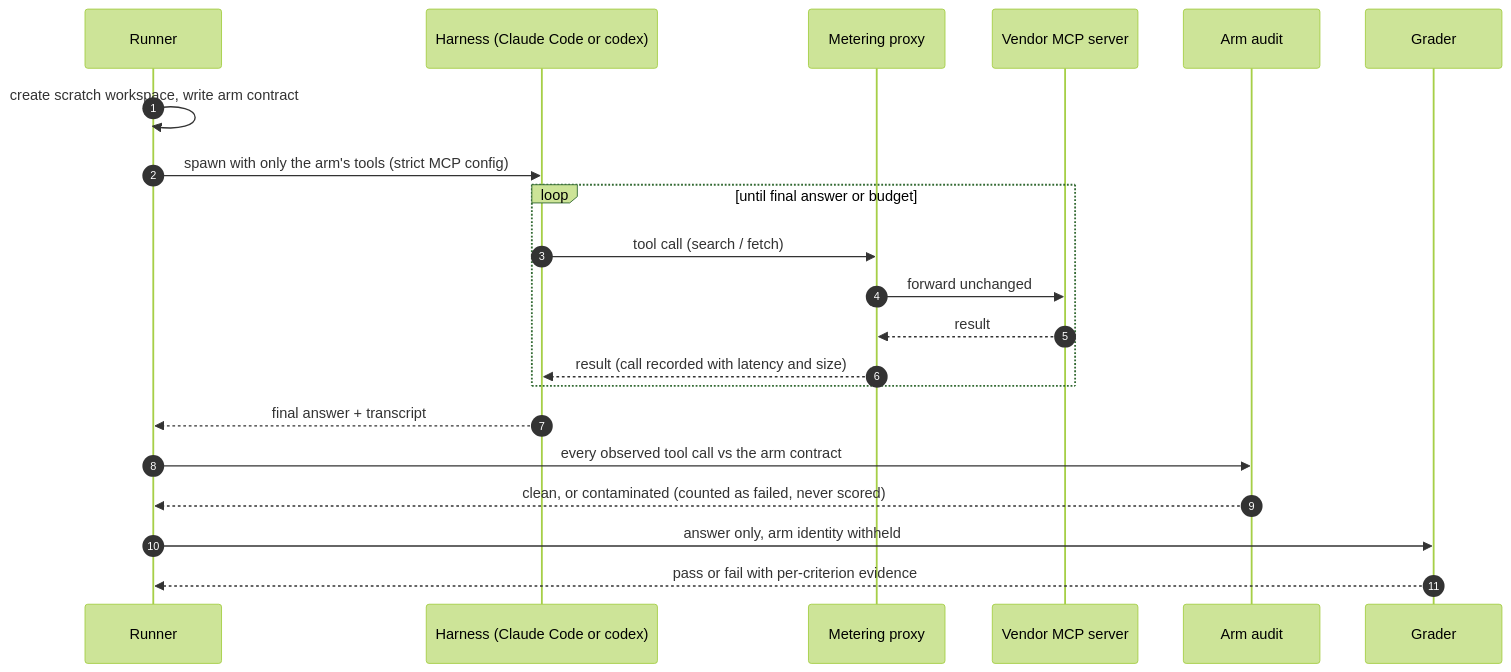
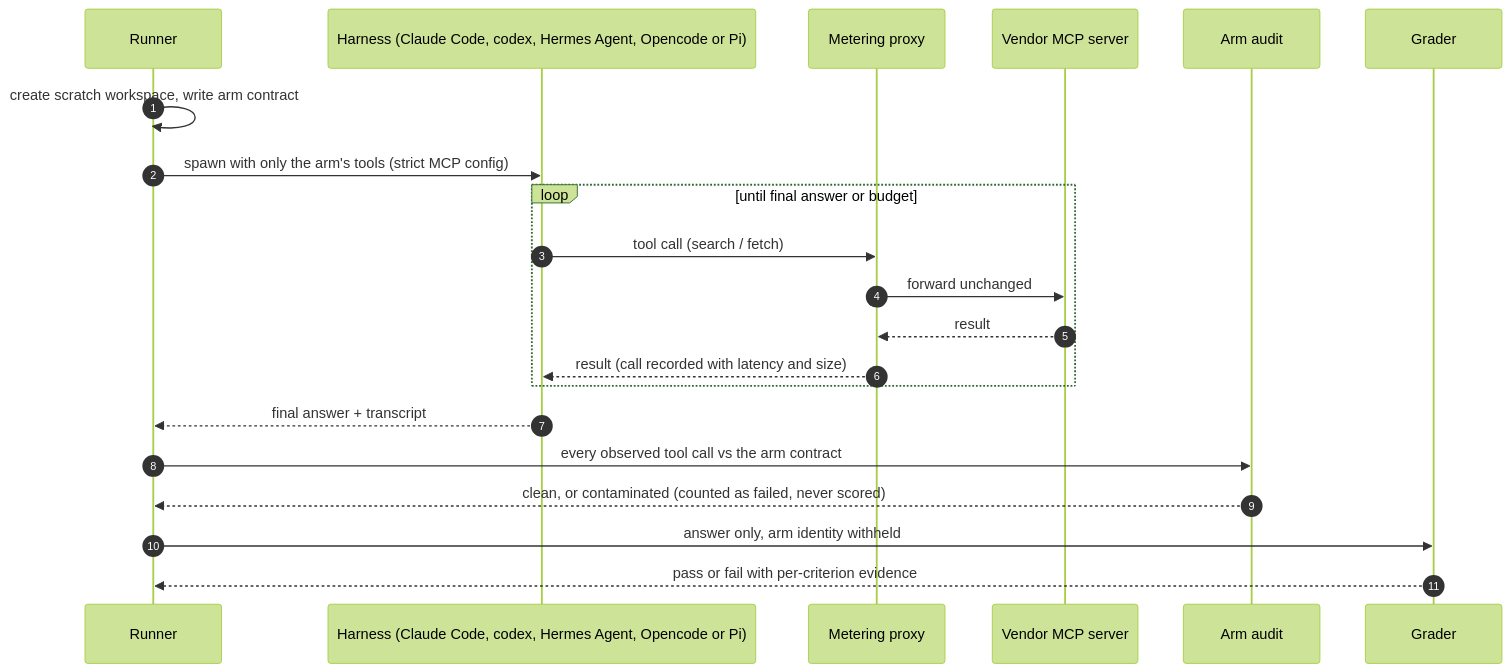
Before and after one commit to laceyenterprises/searchlight: the second of 8 diagrams in README.md, drawn with Mermaid (forest theme). The commit also changed other lines of this file and 11 other files, not shown here.

````diff
--- a/README.md
+++ b/README.md
@@ -100,23 +105,23 @@
 ```mermaid
 sequenceDiagram
   autonumber
   participant R as Runner
-  participant H as Harness (Claude Code or codex)
+  participant H as Harness (Claude Code, codex, Hermes Agent, Opencode or Pi)
   participant M as Metering proxy
   participant V as Vendor MCP server
   participant A as Arm audit
   participant G as Grader
   R->>R: create scratch workspace, write arm contract
   R->>H: spawn with only the arm's tools (strict MCP config)
   loop until final answer or budget
     H->>M: tool call (search / fetch)
     M->>V: forward unchanged
     V-->>M: result
     M-->>H: result (call recorded with latency and size)
   end
   H-->>R: final answer + transcript
   R->>A: every observed tool call vs the arm contract
   A-->>R: clean, or contaminated (counted as failed, never scored)
   R->>G: answer only, arm identity withheld
   G-->>R: pass or fail with per-criterion evidence
 ```
````
